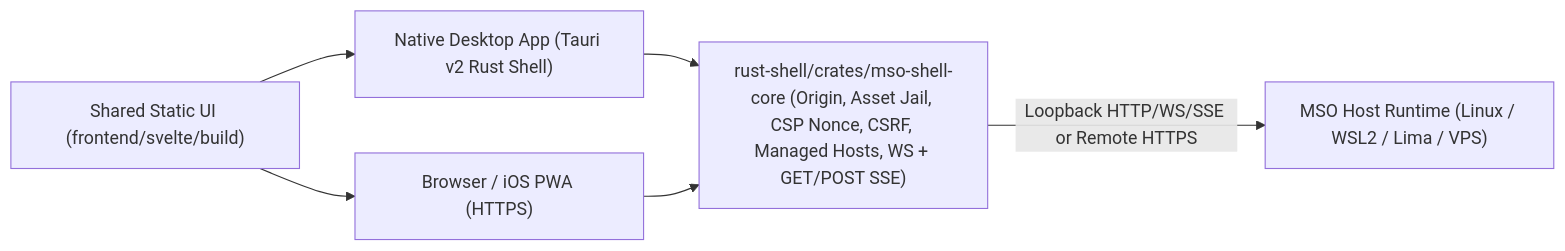
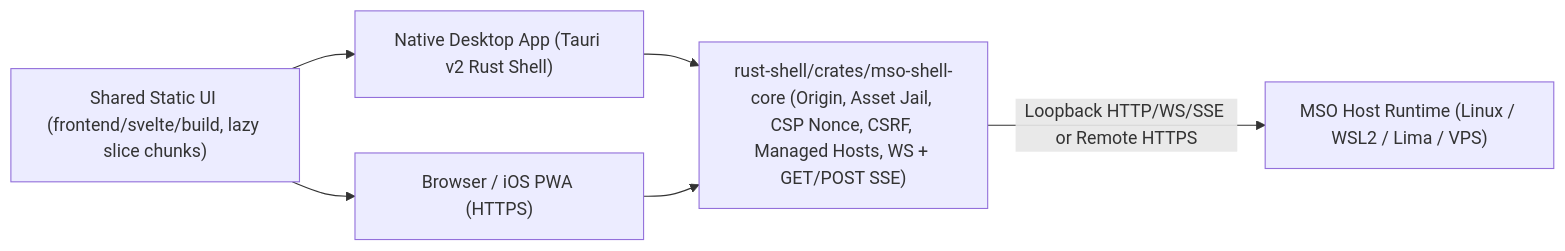
One commit to rahmanef63/mso changed the diagram in docs/RUST-SHELL-PLAN.md. Above: the diagram before and after it, drawn with Mermaid. The commit also changed other lines of this file and 30 other files, not shown here.

````diff
--- a/docs/RUST-SHELL-PLAN.md
+++ b/docs/RUST-SHELL-PLAN.md
@@ -64,14 +66,14 @@
 ```mermaid
 flowchart LR
-  UI["Shared Static UI (frontend/svelte/build)"]
+  UI["Shared Static UI (frontend/svelte/build, lazy slice chunks)"]
   Web["Browser / iOS PWA (HTTPS)"]
   Desktop["Native Desktop App (Tauri v2 Rust Shell)"]
   Core["rust-shell/crates/mso-shell-core (Origin, Asset Jail, CSP Nonce, CSRF, Managed Hosts, WS + GET/POST SSE)"]
   Host["MSO Host Runtime (Linux / WSL2 / Lima / VPS)"]
 
   UI --> Web
   UI --> Desktop
   Desktop --> Core
   Web --> Core
   Core -->|"Loopback HTTP/WS/SSE or Remote HTTPS"| Host
 ```
````
